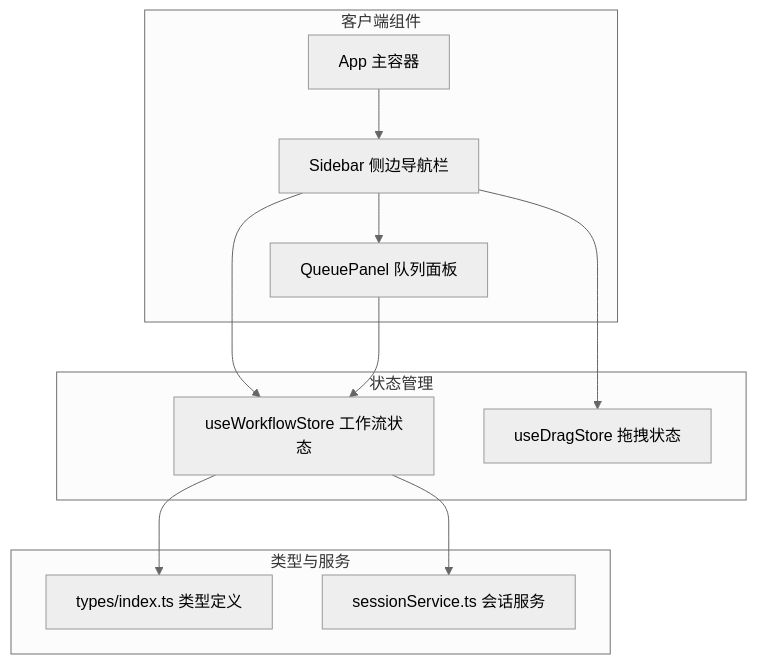
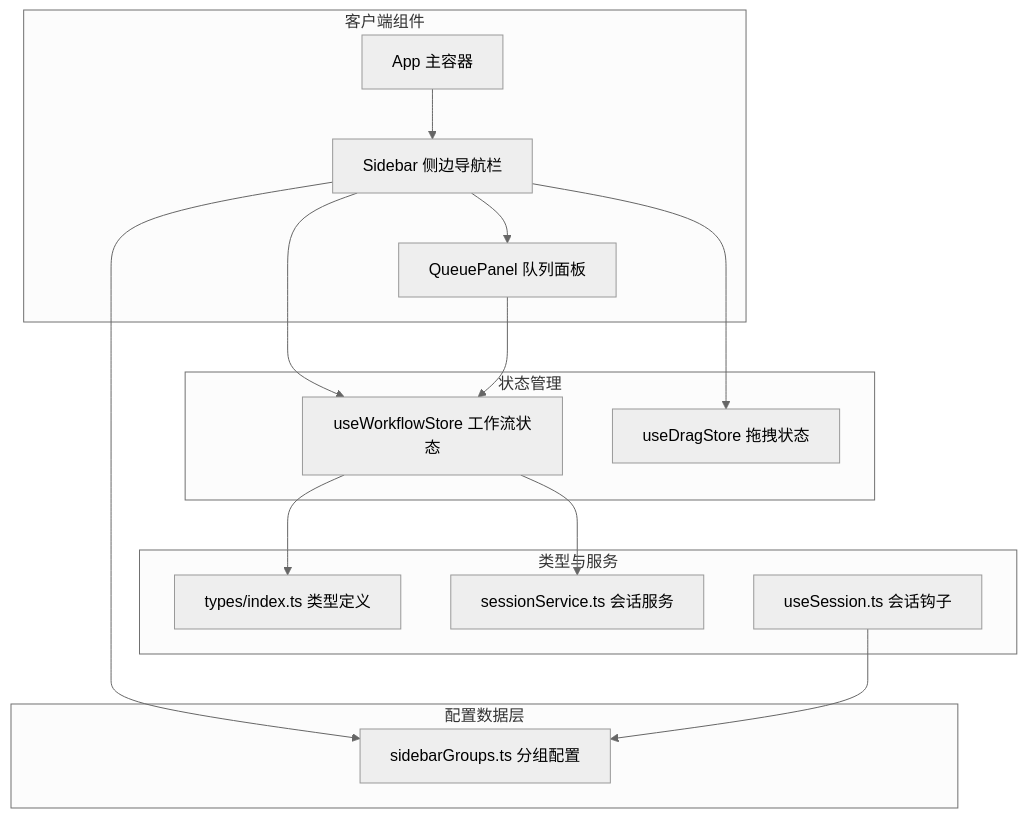
One commit to billye220670/CorineKit_Pix2Real changed the first of 8 diagrams in .qoder/repowiki/zh/content/用户界面组件/控制面板组件/侧边导航栏.md. Above: the diagram before and after it, drawn with Mermaid (neutral theme). The commit also changed other lines of this file and 21 other files, not shown here.

````diff
--- a/.qoder/repowiki/zh/content/用户界面组件/控制面板组件/侧边导航栏.md
+++ b/.qoder/repowiki/zh/content/用户界面组件/控制面板组件/侧边导航栏.md
@@ -38,23 +47,29 @@
 ```mermaid
 graph TB
 subgraph "客户端组件"
 App["App 主容器"]
 Sidebar["Sidebar 侧边导航栏"]
 QueuePanel["QueuePanel 队列面板"]
+end
+subgraph "配置数据层"
+SidebarGroups["sidebarGroups.ts 分组配置"]
 end
 subgraph "状态管理"
 WorkflowStore["useWorkflowStore 工作流状态"]
 DragStore["useDragStore 拖拽状态"]
 end
 subgraph "类型与服务"
 Types["types/index.ts 类型定义"]
 SessionService["sessionService.ts 会话服务"]
+SessionHook["useSession.ts 会话钩子"]
 end
 App --> Sidebar
+Sidebar --> SidebarGroups
 Sidebar --> WorkflowStore
 Sidebar --> DragStore
 Sidebar --> QueuePanel
 QueuePanel --> WorkflowStore
 WorkflowStore --> Types
 WorkflowStore --> SessionService
+SessionHook --> SidebarGroups
 ```
````
